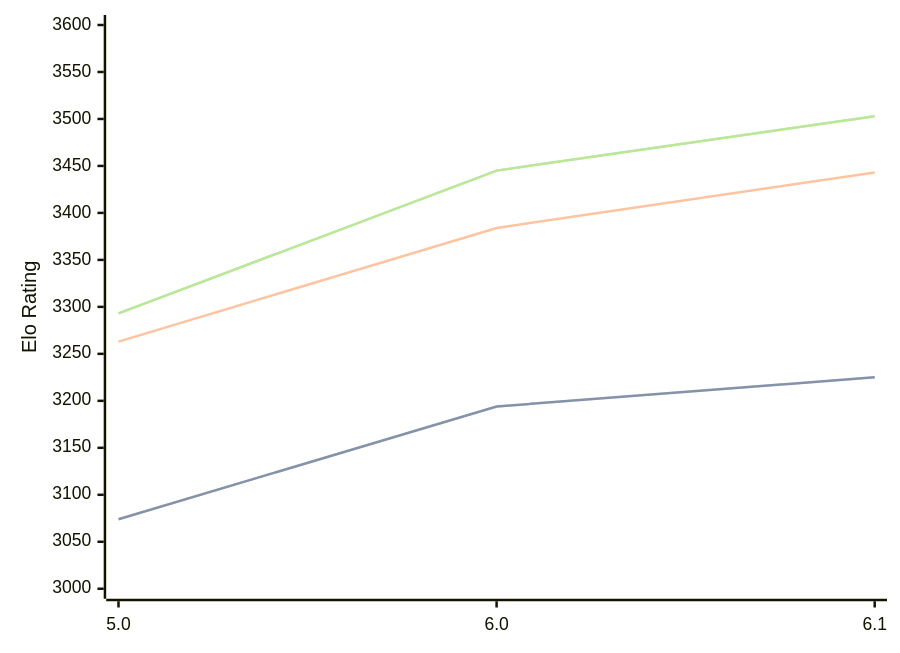
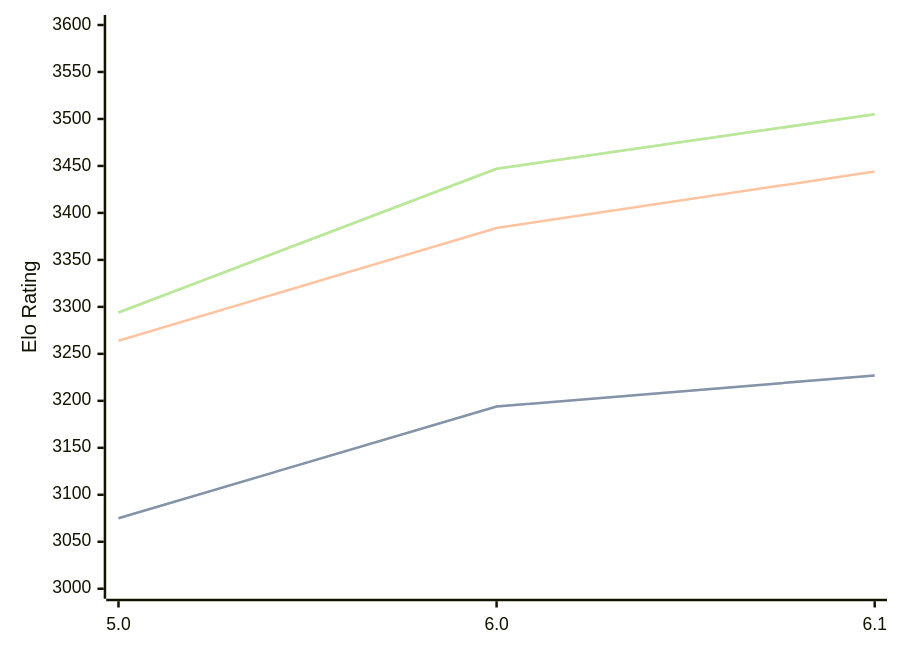
The diagram in engines/PZChessBot.md (computer-chess-index/cci), drawn with Mermaid before and after one commit. The commit also changed other lines of this file, not shown here.

Commit message:
Update CCI Ratings (ELO VLTC) - 2026-04-07

````diff
--- a/engines/PZChessBot.md
+++ b/engines/PZChessBot.md
@@ -42,11 +42,11 @@
 ```mermaid
 %%{init: {"theme":"base","themeVariables":{"seriesColors:['#a3a3a3','#222221','#faa371']}}}%%
 xychart-beta
   x-axis ["5.0", "6.0", "6.1"]
   y-axis "Elo Rating" 3000 --> 3600
-  line "STC (8.0+0.08s)" [3074, 3194, 3225]
-  line "STC (8.0+0.08s)" [3074, 3194, 3225]
-  line "LTC (60.0+0.60s)" [3263, 3384, 3443]
-  line "VLTC (2m24s+1.12s)" [3293, 3445, 3503]
-  line "VLTC (2m24s+1.12s)" [3293, 3445, 3503]
+  line "STC (8.0+0.08s)" [3075, 3194, 3227]
+  line "STC (8.0+0.08s)" [3075, 3194, 3227]
+  line "LTC (60.0+0.60s)" [3264, 3384, 3444]
+  line "VLTC (2m24s+1.12s)" [3294, 3447, 3505]
+  line "VLTC (2m24s+1.12s)" [3294, 3447, 3505]
 ```
````
